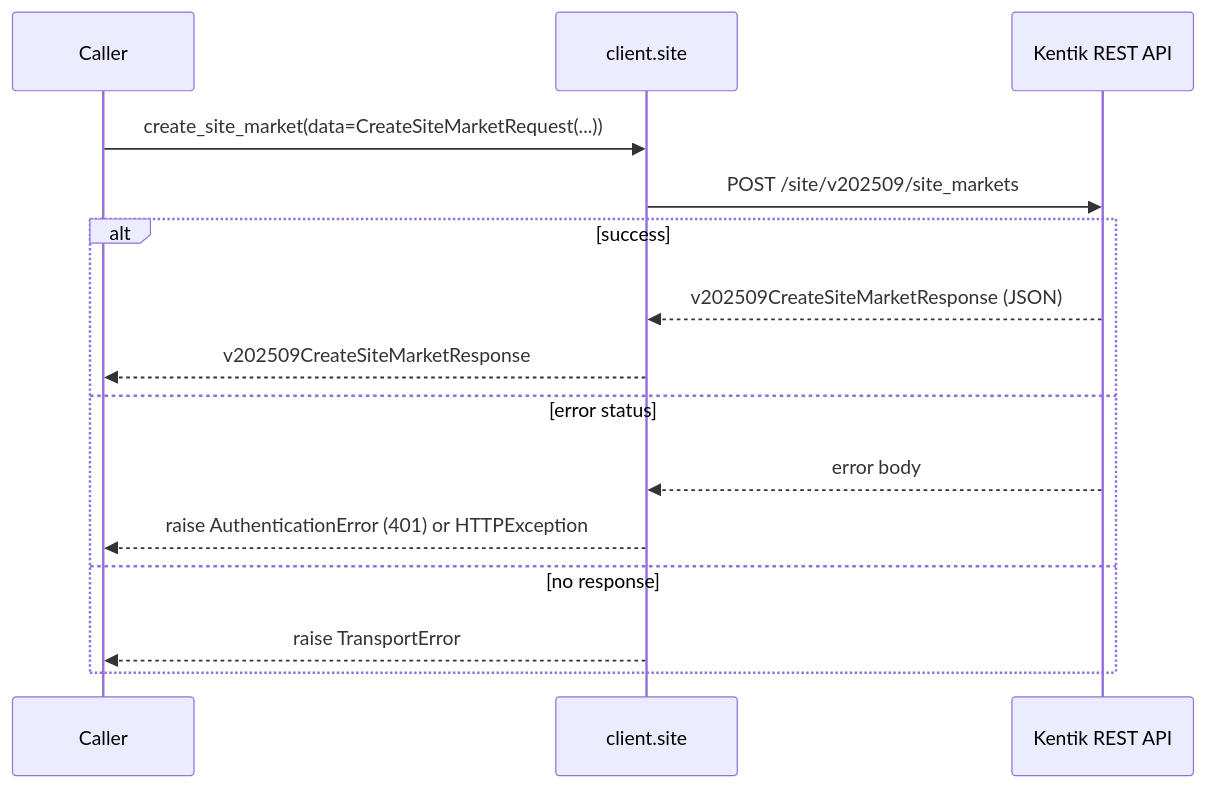
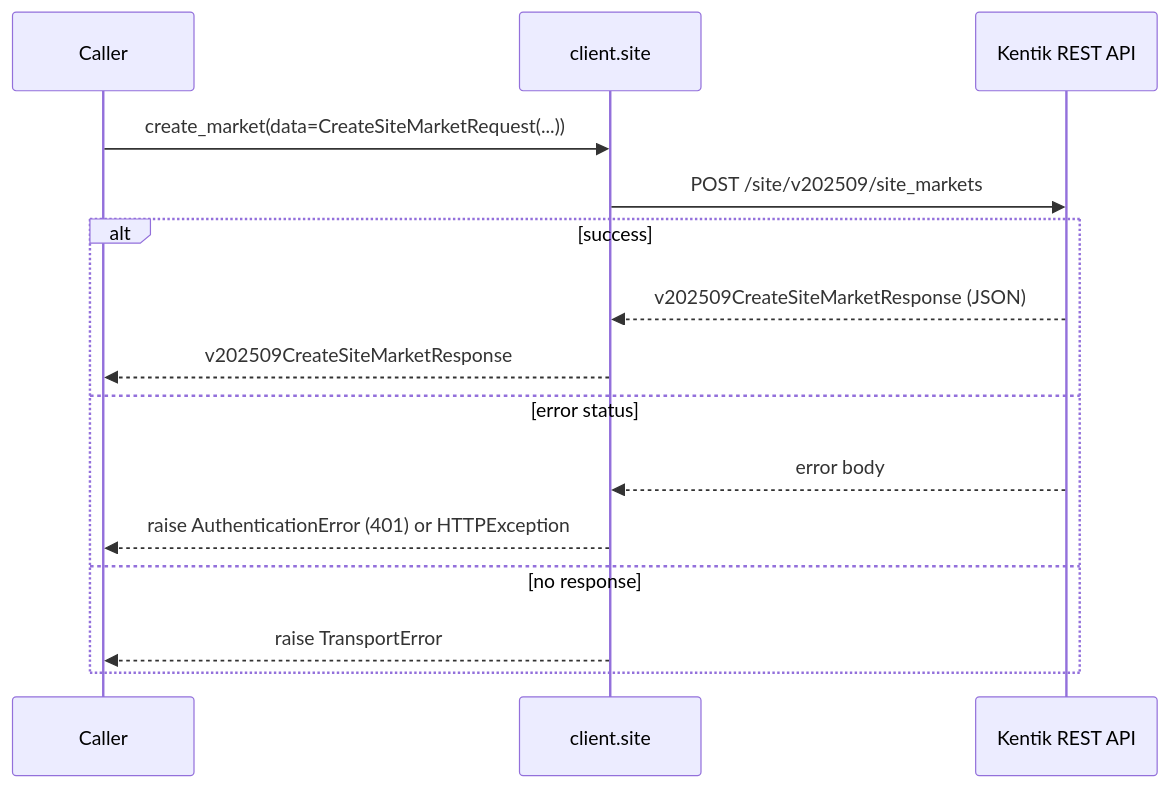
One commit to alexdearaujo/community_sdk_python changed the fourth of 22 diagrams in docs/sphinx/services/site.md. Above: the diagram before and after it, drawn with Mermaid. The commit also changed other lines of this file and 28 other files, not shown here.

````diff
--- a/docs/sphinx/services/site.md
+++ b/docs/sphinx/services/site.md
@@ -106,18 +106,18 @@
 ```mermaid
 sequenceDiagram
     participant C as Caller
     participant W as client.site
     participant API as Kentik REST API
 
-    C->>W: create_site_market(data=CreateSiteMarketRequest(...))
+    C->>W: create_market(data=CreateSiteMarketRequest(...))
     W->>API: POST /site/v202509/site_markets
     alt success
         API-->>W: v202509CreateSiteMarketResponse (JSON)
         W-->>C: v202509CreateSiteMarketResponse
     else error status
         API-->>W: error body
         W-->>C: raise AuthenticationError (401) or HTTPException
     else no response
         W-->>C: raise TransportError
     end
 ```
````
